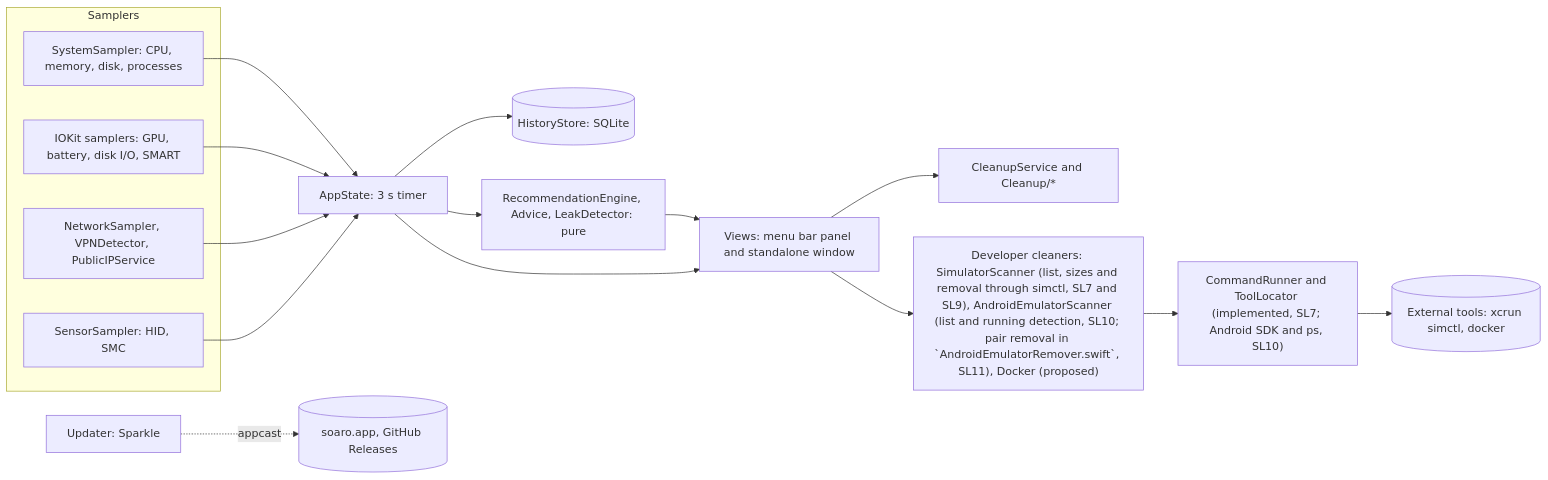
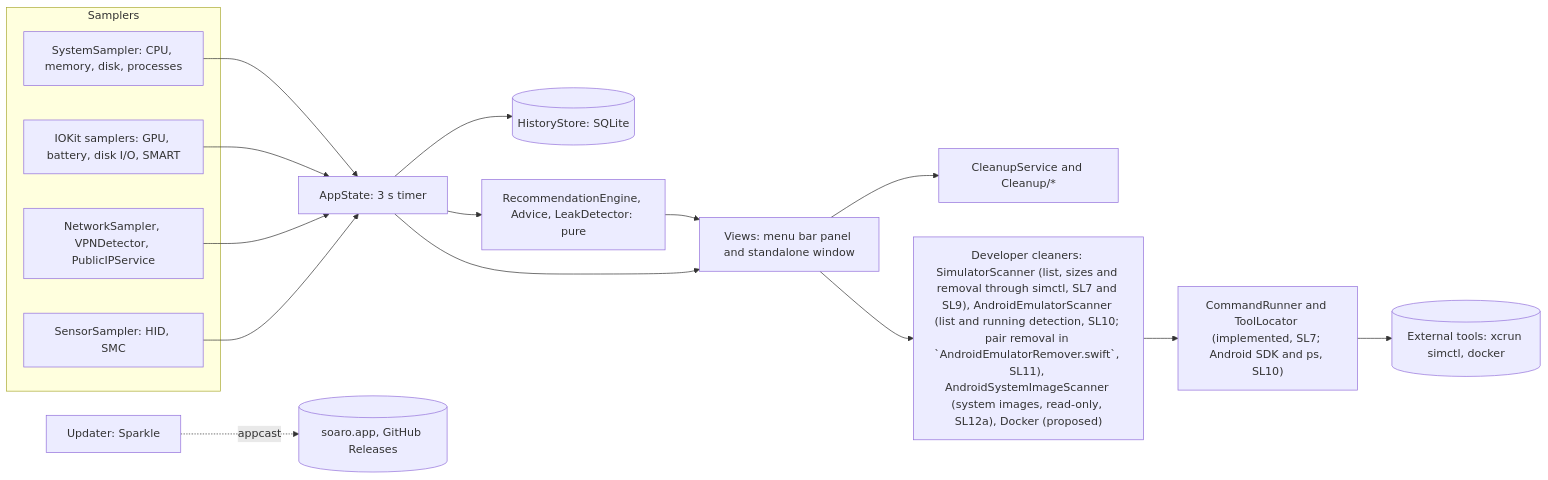
One commit to sebmafate/soaro changed the diagram in ARCHITECTURE.md. Above: the diagram before and after it, drawn with Mermaid. The commit also changed other lines of this file and 6 other files, not shown here.

Commit message:
SL12a T8 : Mettre à jour PLAN, STATUS, TESTING, ARCHITECTURE, DESIGN, CHANGELOG et docs/architecture (R19)

````diff
--- a/ARCHITECTURE.md
+++ b/ARCHITECTURE.md
@@ -33,31 +33,31 @@
 ```mermaid
 flowchart LR
   subgraph Samplers
     SS[SystemSampler: CPU, memory, disk, processes]
     IO[IOKit samplers: GPU, battery, disk I/O, SMART]
     NS[NetworkSampler, VPNDetector, PublicIPService]
     SE[SensorSampler: HID, SMC]
   end
   AS[AppState: 3 s timer]
   HS[(HistoryStore: SQLite)]
   RE[RecommendationEngine, Advice, LeakDetector: pure]
   UI[Views: menu bar panel and standalone window]
   CL[CleanupService and Cleanup/*]
-  DC["Developer cleaners: SimulatorScanner (list, sizes and removal through simctl, SL7 and SL9), AndroidEmulatorScanner (list and running detection, SL10; pair removal in `AndroidEmulatorRemover.swift`, SL11), Docker (proposed)"]
+  DC["Developer cleaners: SimulatorScanner (list, sizes and removal through simctl, SL7 and SL9), AndroidEmulatorScanner (list and running detection, SL10; pair removal in `AndroidEmulatorRemover.swift`, SL11), AndroidSystemImageScanner (system images, read-only, SL12a), Docker (proposed)"]
   CR["CommandRunner and ToolLocator (implemented, SL7; Android SDK and ps, SL10)"]
   EXT[("External tools: xcrun simctl, docker")]
   UP[Updater: Sparkle]
   SS --> AS
   IO --> AS
   NS --> AS
   SE --> AS
   AS --> HS
   AS --> RE
   RE --> UI
   AS --> UI
   UI --> CL
   UI --> DC
   DC --> CR
   CR --> EXT
   UP -. appcast .-> W[(soaro.app, GitHub Releases)]
 ```
````
